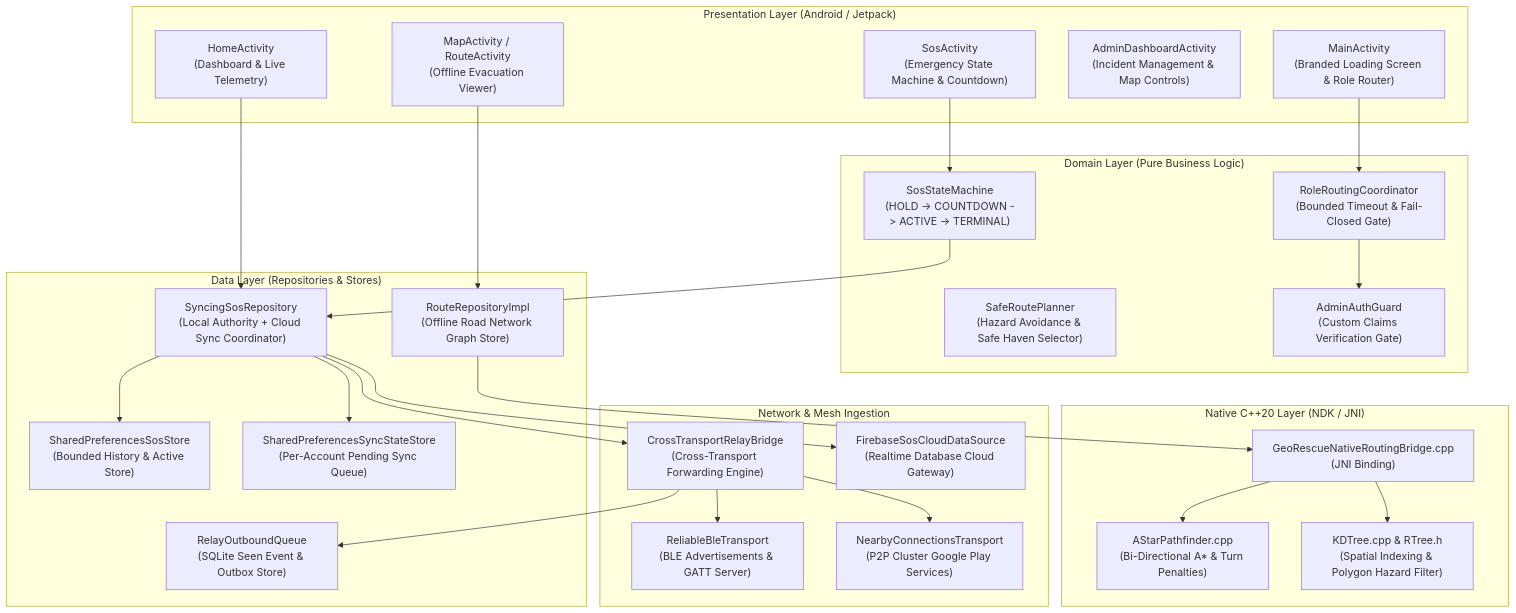
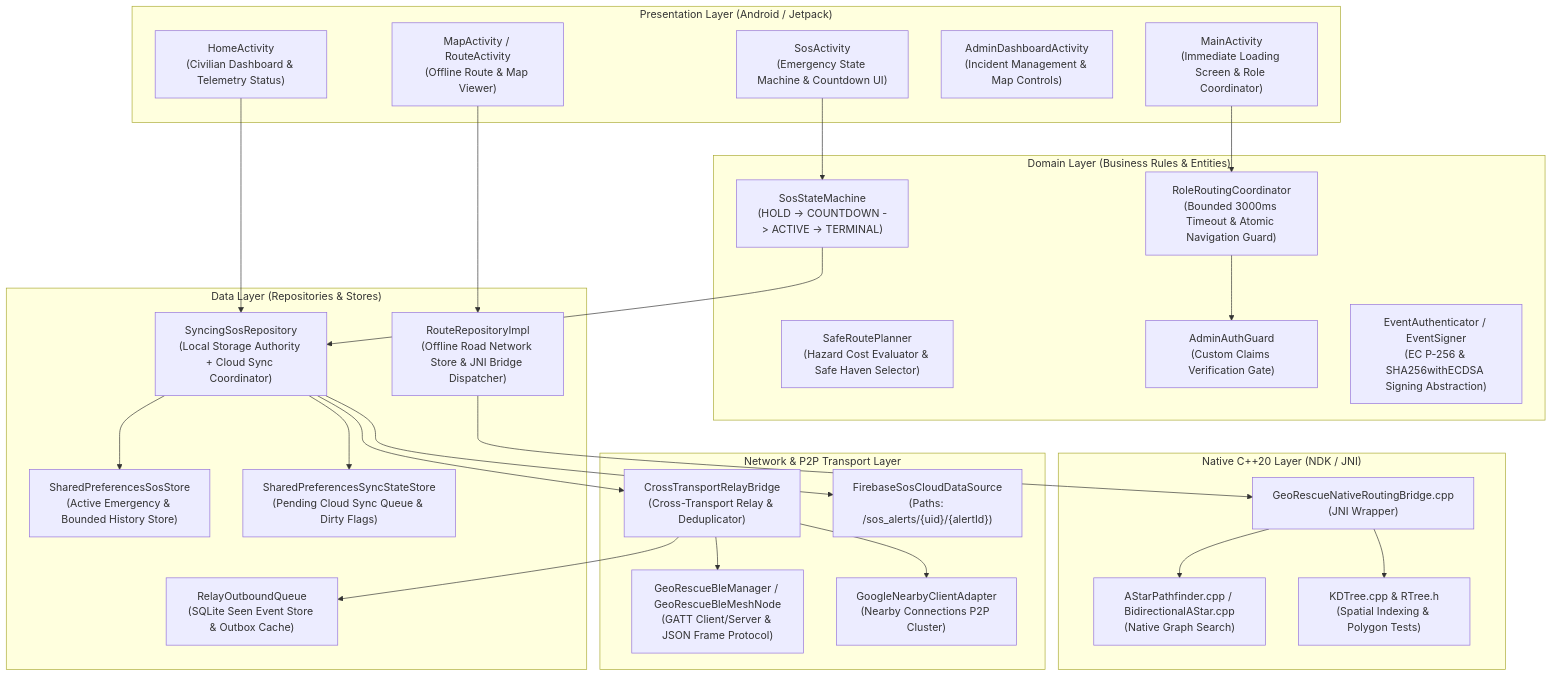
One commit to Sanidhyanegi07/GeoRescuX changed the first of 3 diagrams in docs/final-release/FINAL_PROJECT_REPORT.md. Above: the diagram before and after it, drawn with Mermaid. The commit also changed other lines of this file and 4 other files, not shown here.

````diff
--- a/docs/final-release/FINAL_PROJECT_REPORT.md
+++ b/docs/final-release/FINAL_PROJECT_REPORT.md
@@ -64,55 +64,56 @@
 ```mermaid
 flowchart TD
     subgraph Presentation_Layer ["Presentation Layer (Android / Jetpack)"]
-        MainActivity["MainActivity\n(Branded Loading Screen & Role Router)"]
-        HomeActivity["HomeActivity\n(Dashboard & Live Telemetry)"]
-        SosActivity["SosActivity\n(Emergency State Machine & Countdown)"]
+        MainActivity["MainActivity\n(Immediate Loading Screen & Role Coordinator)"]
+        HomeActivity["HomeActivity\n(Civilian Dashboard & Telemetry Status)"]
+        SosActivity["SosActivity\n(Emergency State Machine & Countdown UI)"]
         AdminDashboard["AdminDashboardActivity\n(Incident Management & Map Controls)"]
-        MapActivity["MapActivity / RouteActivity\n(Offline Evacuation Viewer)"]
+        MapActivity["MapActivity / RouteActivity\n(Offline Route & Map Viewer)"]
     end
 
-    subgraph Domain_Layer ["Domain Layer (Pure Business Logic)"]
+    subgraph Domain_Layer ["Domain Layer (Business Rules & Entities)"]
         SosStateMachine["SosStateMachine\n(HOLD -> COUNTDOWN -> ACTIVE -> TERMINAL)"]
-        RoleRoutingCoordinator["RoleRoutingCoordinator\n(Bounded Timeout & Fail-Closed Gate)"]
-        SafeRoutePlanner["SafeRoutePlanner\n(Hazard Avoidance & Safe Haven Selector)"]
+        RoleRoutingCoordinator["RoleRoutingCoordinator\n(Bounded 3000ms Timeout & Atomic Navigation Guard)"]
+        SafeRoutePlanner["SafeRoutePlanner\n(Hazard Cost Evaluator & Safe Haven Selector)"]
         AdminAuthGuard["AdminAuthGuard\n(Custom Claims Verification Gate)"]
+        EventAuthenticator["EventAuthenticator / EventSigner\n(EC P-256 & SHA256withECDSA Signing Abstraction)"]
     end
 
     subgraph Data_Layer ["Data Layer (Repositories & Stores)"]
-        SosRepo["SyncingSosRepository\n(Local Authority + Cloud Sync Coordinator)"]
-        LocalSosStore["SharedPreferencesSosStore\n(Bounded History & Active Store)"]
-        SyncStateStore["SharedPreferencesSyncStateStore\n(Per-Account Pending Sync Queue)"]
-        RelayOutbox["RelayOutboundQueue\n(SQLite Seen Event & Outbox Store)"]
-        RouteRepo["RouteRepositoryImpl\n(Offline Road Network Graph Store)"]
+        SosRepo["SyncingSosRepository\n(Local Storage Authority + Cloud Sync Coordinator)"]
+        LocalSosStore["SharedPreferencesSosStore\n(Active Emergency & Bounded History Store)"]
+        SyncStateStore["SharedPreferencesSyncStateStore\n(Pending Cloud Sync Queue & Dirty Flags)"]
+        RelayOutbox["RelayOutboundQueue\n(SQLite Seen Event Store & Outbox Cache)"]
+        RouteRepo["RouteRepositoryImpl\n(Offline Road Network Store & JNI Bridge Dispatcher)"]
     end
 
     subgraph Native_Layer ["Native C++20 Layer (NDK / JNI)"]
-        AStar["AStarPathfinder.cpp\n(Bi-Directional A* & Turn Penalties)"]
-        KDTree["KDTree.cpp & RTree.h\n(Spatial Indexing & Polygon Hazard Filter)"]
-        NativeBridge["GeoRescueNativeRoutingBridge.cpp\n(JNI Binding)"]
+        NativeBridge["GeoRescueNativeRoutingBridge.cpp\n(JNI Wrapper)"]
+        AStar["AStarPathfinder.cpp / BidirectionalAStar.cpp\n(Native Graph Search)"]
+        KDTree["KDTree.cpp & RTree.h\n(Spatial Indexing & Polygon Tests)"]
     end
 
-    subgraph Network_Mesh_Layer ["Network & Mesh Ingestion"]
-        BleTransport["ReliableBleTransport\n(BLE Advertisements & GATT Server)"]
-        NearbyTransport["NearbyConnectionsTransport\n(P2P Cluster Google Play Services)"]
-        CrossBridge["CrossTransportRelayBridge\n(Cross-Transport Forwarding Engine)"]
-        FirebaseDS["FirebaseSosCloudDataSource\n(Realtime Database Cloud Gateway)"]
+    subgraph Network_Mesh_Layer ["Network & P2P Transport Layer"]
+        BleManager["GeoRescueBleManager / GeoRescueBleMeshNode\n(GATT Client/Server & JSON Frame Protocol)"]
+        NearbyAdapter["GoogleNearbyClientAdapter\n(Nearby Connections P2P Cluster)"]
+        CrossBridge["CrossTransportRelayBridge\n(Cross-Transport Relay & Deduplicator)"]
+        FirebaseDS["FirebaseSosCloudDataSource\n(Paths: /sos_alerts/{uid}/{alertId})"]
     end
 
     MainActivity --> RoleRoutingCoordinator
     RoleRoutingCoordinator --> AdminAuthGuard
     HomeActivity --> SosRepo
     SosActivity --> SosStateMachine
     SosStateMachine --> SosRepo
     SosRepo --> LocalSosStore
     SosRepo --> SyncStateStore
     SosRepo --> FirebaseDS
     SosRepo --> CrossBridge
-    CrossBridge --> BleTransport
-    CrossBridge --> NearbyTransport
+    CrossBridge --> BleManager
+    CrossBridge --> NearbyAdapter
     CrossBridge --> RelayOutbox
     MapActivity --> RouteRepo
     RouteRepo --> NativeBridge
     NativeBridge --> AStar
     NativeBridge --> KDTree
 ```
````
